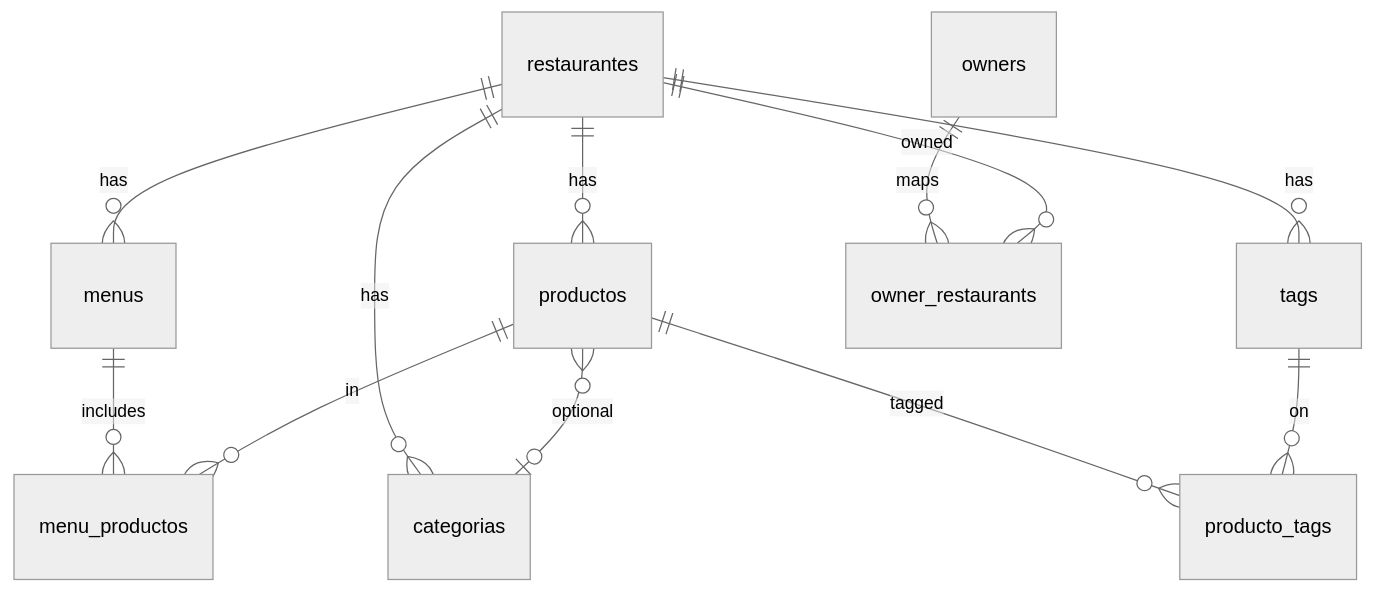
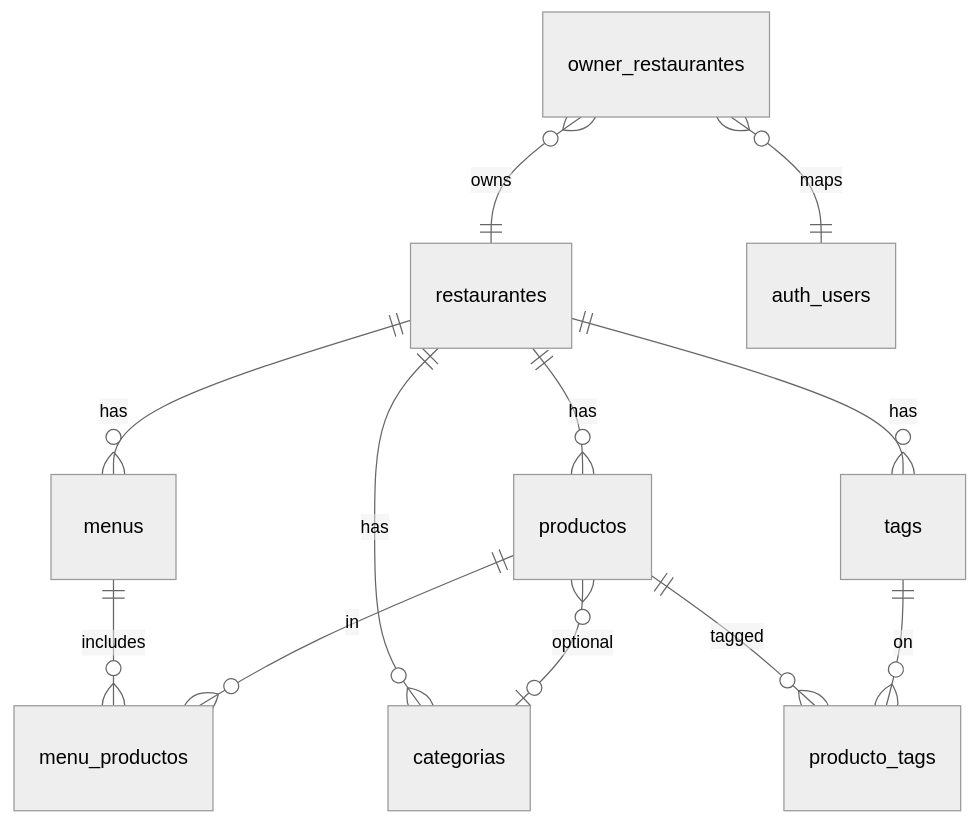
Before and after one commit to nachomallavia/digimenu-v2: the first of 2 diagrams in AGENTS.md, drawn with Mermaid (neutral theme). The commit also changed other lines of this file, not shown here.

````diff
--- a/AGENTS.md
+++ b/AGENTS.md
@@ -67,14 +106,14 @@
 ```mermaid
 erDiagram
   restaurantes ||--o{ menus : has
   restaurantes ||--o{ categorias : has
   restaurantes ||--o{ tags : has
   restaurantes ||--o{ productos : has
   menus ||--o{ menu_productos : includes
   productos ||--o{ menu_productos : in
   productos ||--o{ producto_tags : tagged
   tags ||--o{ producto_tags : on
   productos }o--o| categorias : optional
-  owners ||--o{ owner_restaurants : maps
-  restaurantes ||--o{ owner_restaurants : owned
+  owner_restaurantes }o--|| restaurantes : owns
+  owner_restaurantes }o--|| auth_users : maps
 ```
````
